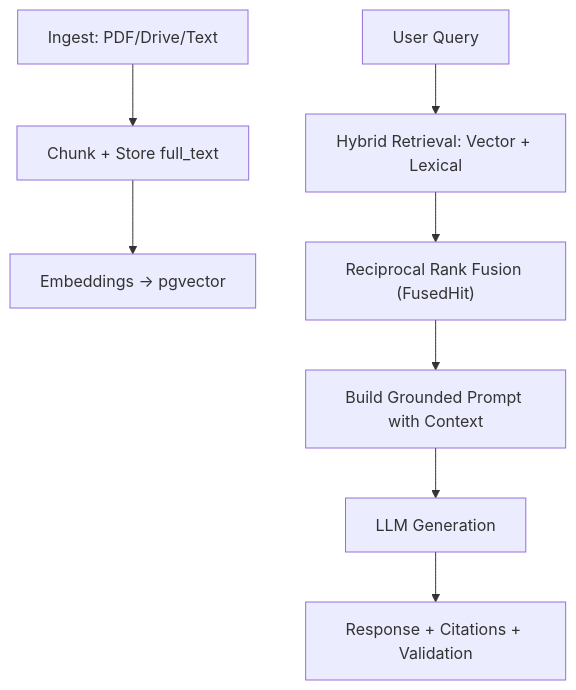
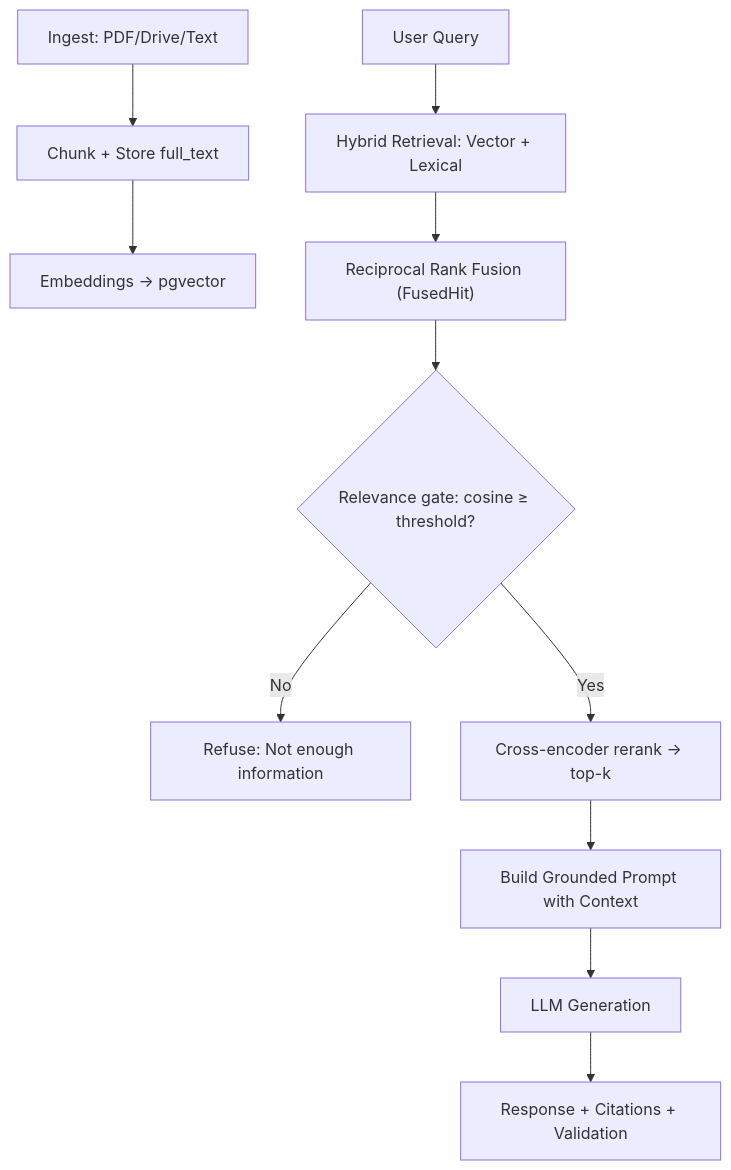
Before and after one commit to rclarke009/verbiage: the diagram in README.md, drawn with Mermaid. The commit also changed other lines of this file and 2 other files, not shown here.

````diff
--- a/README.md
+++ b/README.md
@@ -52,10 +56,13 @@
 ```mermaid
 flowchart TD
     A[Ingest: PDF/Drive/Text] --> B[Chunk + Store full_text]
     B --> C[Embeddings → pgvector]
     D[User Query] --> E[Hybrid Retrieval: Vector + Lexical]
     E --> F["Reciprocal Rank Fusion (FusedHit)"]
-    F --> G[Build Grounded Prompt with Context]
+    F --> J{Relevance gate: cosine ≥ threshold?}
+    J -- No --> K[Refuse: Not enough information]
+    J -- Yes --> L[Cross-encoder rerank → top-k]
+    L --> G[Build Grounded Prompt with Context]
     G --> H[LLM Generation]
     H --> I[Response + Citations + Validation]
 ```
````
